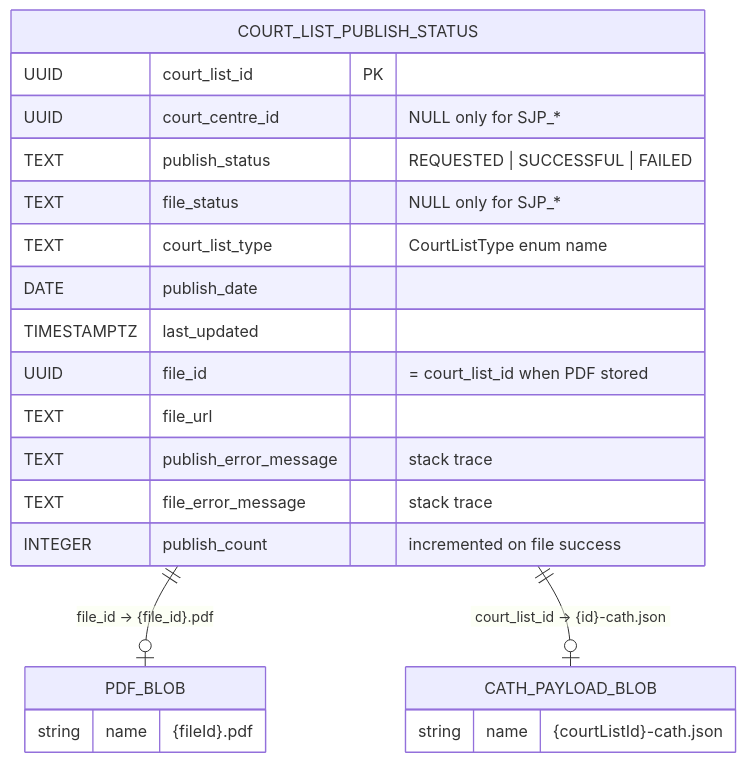
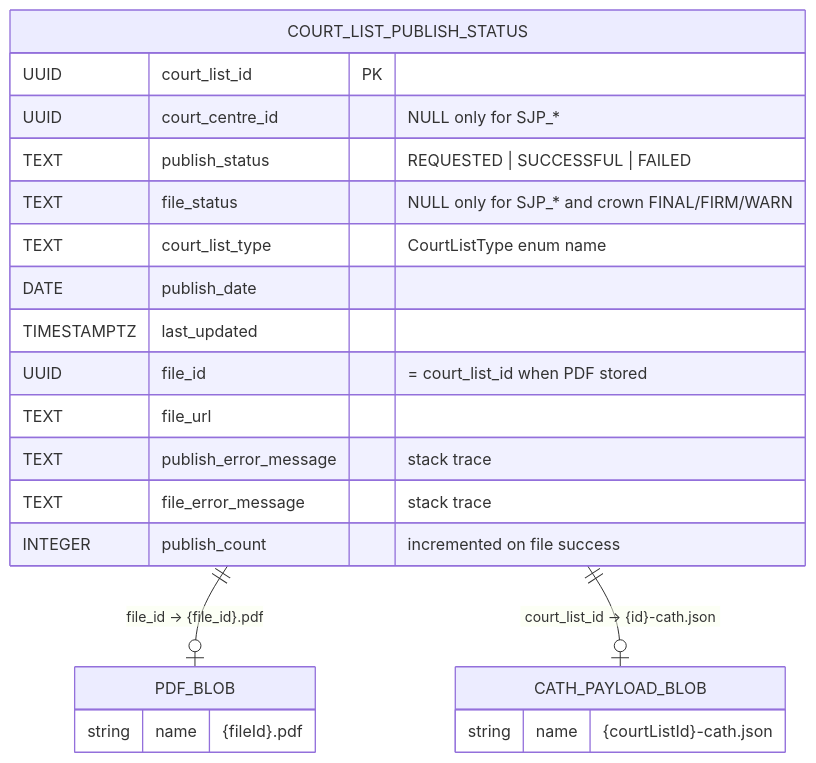
Before and after one commit to hmcts/cp-court-list-publishing-service: diagram 14 of 20 in docs/court-list-publishing-service.md, drawn with Mermaid. The commit also changed other lines of this file and 40 other files, not shown here.

````diff
--- a/docs/court-list-publishing-service.md
+++ b/docs/court-list-publishing-service.md
@@ -653,25 +723,25 @@
 ```mermaid
 erDiagram
     COURT_LIST_PUBLISH_STATUS {
         UUID court_list_id PK
         UUID court_centre_id "NULL only for SJP_*"
         TEXT publish_status "REQUESTED | SUCCESSFUL | FAILED"
-        TEXT file_status "NULL only for SJP_*"
+        TEXT file_status "NULL only for SJP_* and crown FINAL/FIRM/WARN"
         TEXT court_list_type "CourtListType enum name"
         DATE publish_date
         TIMESTAMPTZ last_updated
         UUID file_id "= court_list_id when PDF stored"
         TEXT file_url
         TEXT publish_error_message "stack trace"
         TEXT file_error_message "stack trace"
         INTEGER publish_count "incremented on file success"
     }
     COURT_LIST_PUBLISH_STATUS ||--o| PDF_BLOB : "file_id → {file_id}.pdf"
     COURT_LIST_PUBLISH_STATUS ||--o| CATH_PAYLOAD_BLOB : "court_list_id → {id}-cath.json"
     PDF_BLOB {
         string name "{fileId}.pdf"
     }
     CATH_PAYLOAD_BLOB {
         string name "{courtListId}-cath.json"
     }
 ```
````
